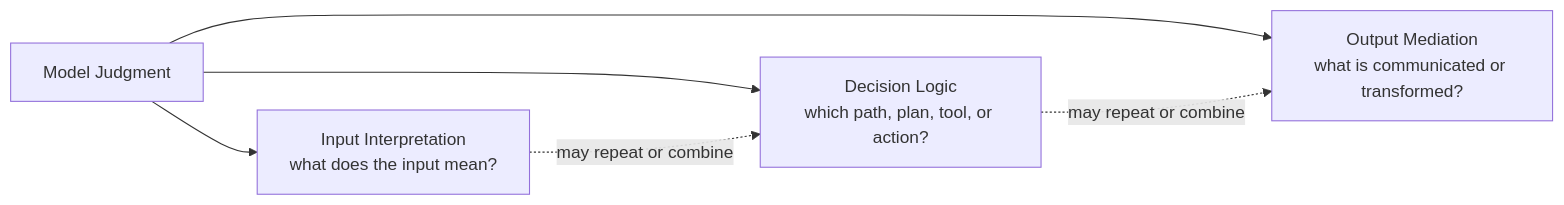
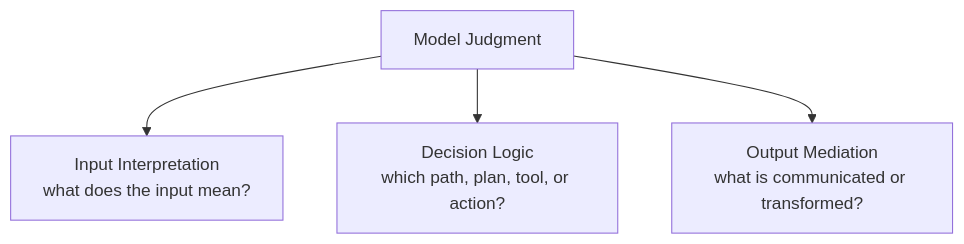
Before and after one commit to UncertaintyArchitectureGroup/uncertainty-architecture: the fourth of 14 diagrams in content/research/notes/open-engineering-specification-article-draft.md, drawn with Mermaid. The commit also changed other lines of this file and 2 other files, not shown here.

````diff
--- a/content/research/notes/open-engineering-specification-article-draft.md
+++ b/content/research/notes/open-engineering-specification-article-draft.md
@@ -191,14 +194,9 @@
 ```mermaid
-flowchart LR
-    MJ[Model Judgment]
+flowchart TB
+    MJ["Model Judgment"]
     I["Input Interpretation<br/>what does the input mean?"]
     D["Decision Logic<br/>which path, plan, tool, or action?"]
     O["Output Mediation<br/>what is communicated or transformed?"]
 
-    MJ --> I
-    MJ --> D
-    MJ --> O
-
-    I -. may repeat or combine .-> D
-    D -. may repeat or combine .-> O
+    MJ --> I & D & O
 ```
````
